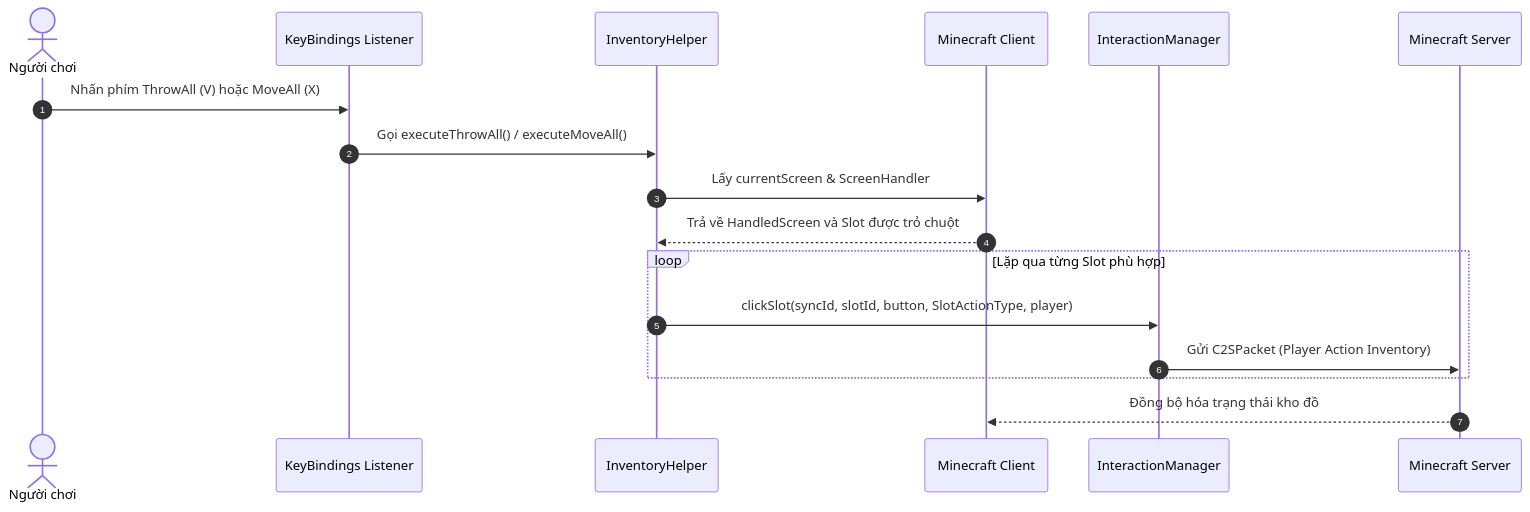
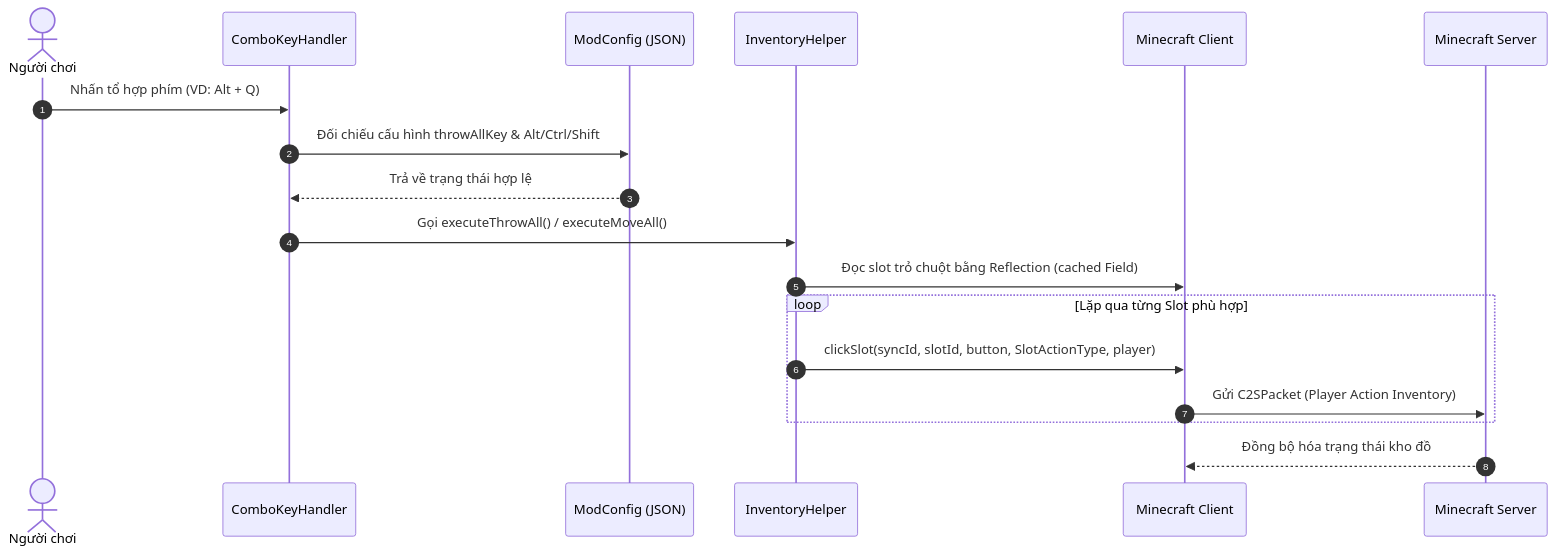
The second of 3 diagrams in docs/architecture.md (CodeingOver/ThrowAllMoveAll), drawn with Mermaid before and after one commit. The commit also changed other lines of this file and 13 other files, not shown here.

````diff
--- a/docs/architecture.md
+++ b/docs/architecture.md
@@ -103,20 +109,21 @@
 ```mermaid
 sequenceDiagram
     autonumber
     actor Player as Người chơi
-    participant KB as KeyBindings Listener
+    participant CK as ComboKeyHandler
+    participant CFG as ModConfig (JSON)
     participant IH as InventoryHelper
     participant MC as Minecraft Client
-    participant IM as InteractionManager
     participant SVR as Minecraft Server
 
-    Player->>KB: Nhấn phím ThrowAll (V) hoặc MoveAll (X)
-    KB->>IH: Gọi executeThrowAll() / executeMoveAll()
-    IH->>MC: Lấy currentScreen & ScreenHandler
-    MC-->>IH: Trả về HandledScreen và Slot được trỏ chuột
+    Player->>CK: Nhấn tổ hợp phím (VD: Alt + Q)
+    CK->>CFG: Đối chiếu cấu hình throwAllKey & Alt/Ctrl/Shift
+    CFG-->>CK: Trả về trạng thái hợp lệ
+    CK->>IH: Gọi executeThrowAll() / executeMoveAll()
+    IH->>MC: Đọc slot trỏ chuột bằng Reflection (cached Field)
     loop Lặp qua từng Slot phù hợp
-        IH->>IM: clickSlot(syncId, slotId, button, SlotActionType, player)
-        IM->>SVR: Gửi C2SPacket (Player Action Inventory)
+        IH->>MC: clickSlot(syncId, slotId, button, SlotActionType, player)
+        MC->>SVR: Gửi C2SPacket (Player Action Inventory)
     end
     SVR-->>MC: Đồng bộ hóa trạng thái kho đồ
 ```
````
